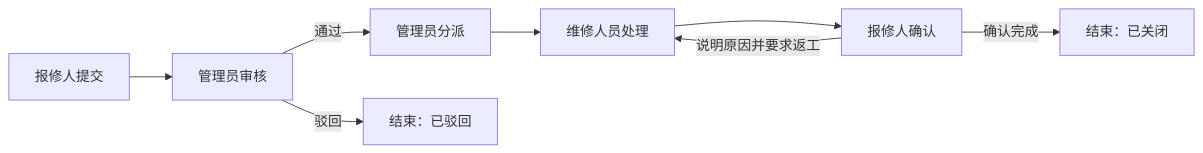
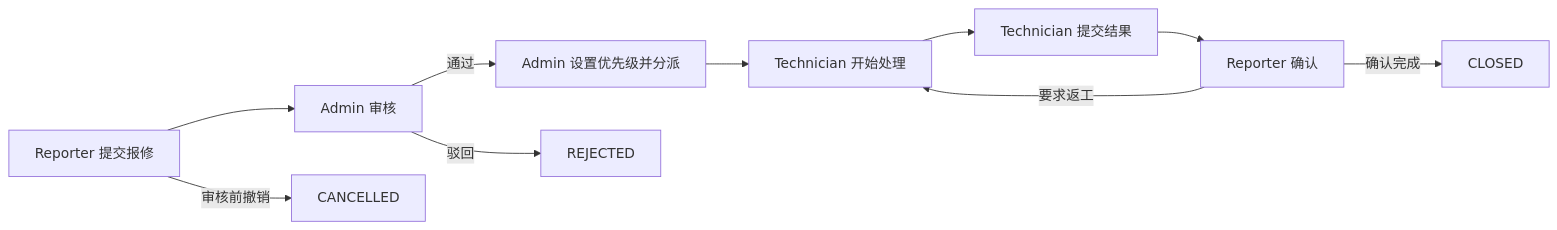
The first of 2 diagrams in README.md (13802588099-code/CampusFix), drawn with Mermaid before and after one commit. The commit also changed other lines of this file, not shown here.

````diff
--- a/README.md
+++ b/README.md
@@ -11,10 +23,12 @@
 ```mermaid
 flowchart LR
-    A[报修人提交] --> B[管理员审核]
-    B -->|通过| C[管理员分派]
-    B -->|驳回| X[结束：已驳回]
-    C --> D[维修人员处理]
-    D --> E[报修人确认]
-    E -->|确认完成| F[结束：已关闭]
-    E -->|说明原因并要求返工| D
+    A[Reporter 提交报修] --> B[Admin 审核]
+    B -->|通过| C[Admin 设置优先级并分派]
+    B -->|驳回| X[REJECTED]
+    A -->|审核前撤销| Y[CANCELLED]
+    C --> D[Technician 开始处理]
+    D --> E[Technician 提交结果]
+    E --> F[Reporter 确认]
+    F -->|确认完成| G[CLOSED]
+    F -->|要求返工| D
 ```
````
